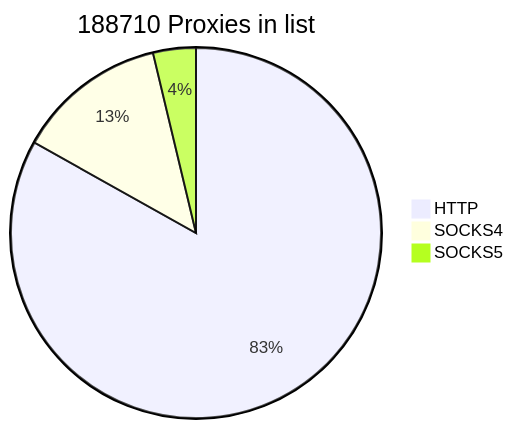
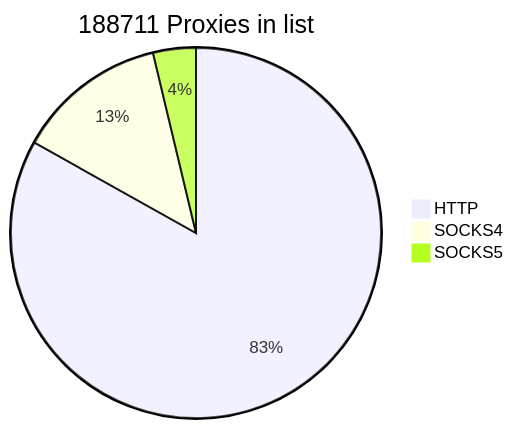
The first of 2 diagrams in README.md (cutipu/proxylist), drawn with Mermaid before and after one commit. The commit also changed other lines of this file, not shown here.

````diff
--- a/README.md
+++ b/README.md
@@ -2,7 +2,7 @@
 ```mermaid
-pie title 188710 Proxies in list
-    "HTTP" : 156849
+pie title 188711 Proxies in list
+    "HTTP" : 156850
     "SOCKS4" : 24814
     "SOCKS5" : 7047
             
 ```
````
